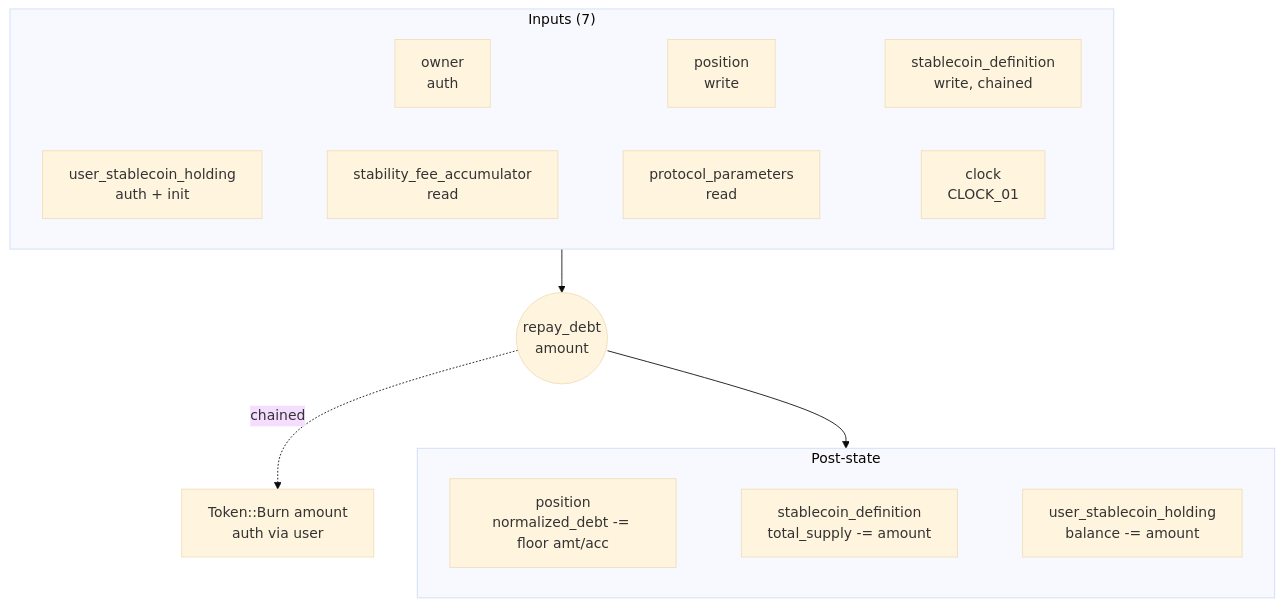
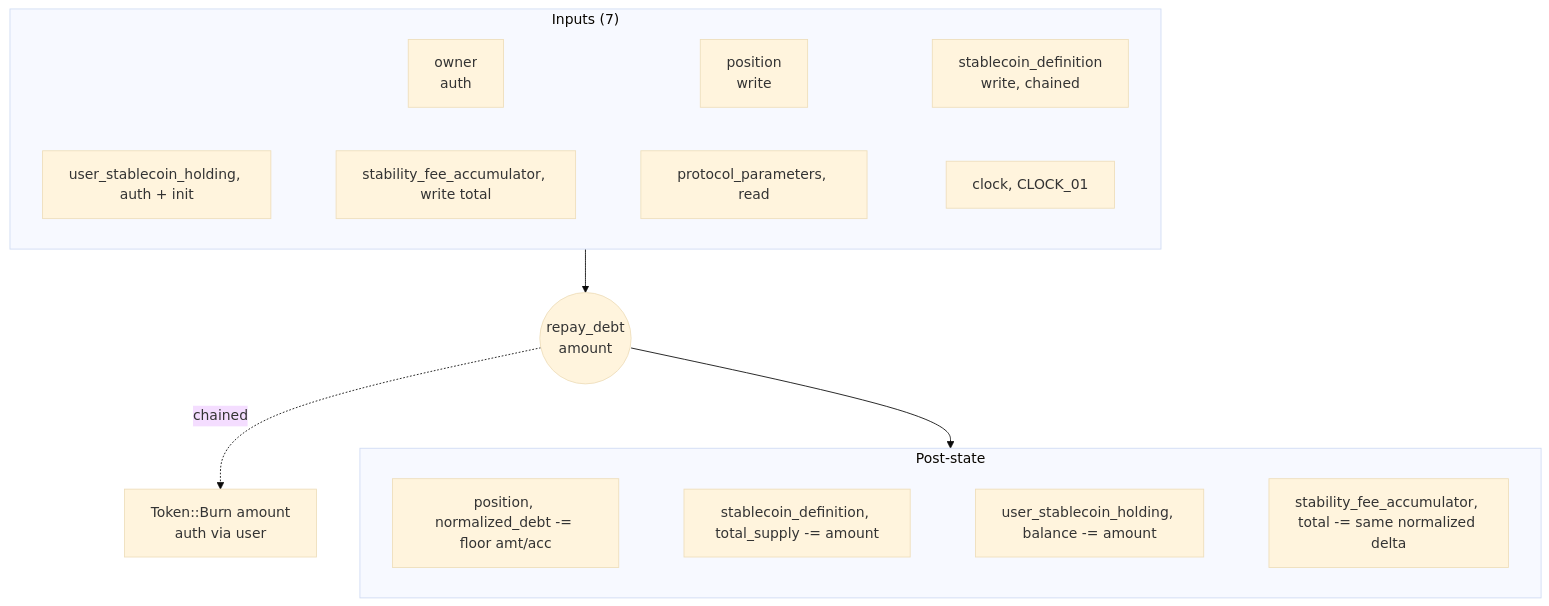
Before and after one commit to 3esmit/lez-programs: diagram 11 of 14 in docs/stablecoin/README.md, drawn with Mermaid (base theme). The commit also changed other lines of this file and 48 other files, not shown here.

Commit message:
feat(stablecoin): enforce position debt floor and global ceiling

````diff
--- a/docs/stablecoin/README.md
+++ b/docs/stablecoin/README.md
@@ -1069,13 +1184,13 @@
 ```mermaid
 flowchart TD
     subgraph In["Inputs (7)"]
         a1[owner<br/>auth] ~~~ a2[position<br/>write] ~~~ a3[stablecoin_definition<br/>write, chained]
-        a4[user_stablecoin_holding<br/>auth + init] ~~~ a5[stability_fee_accumulator<br/>read] ~~~ a6[protocol_parameters<br/>read] ~~~ a7[clock<br/>CLOCK_01]
+        a4[user_stablecoin_holding, auth + init] ~~~ a5[stability_fee_accumulator, write total] ~~~ a6[protocol_parameters, read] ~~~ a7[clock, CLOCK_01]
     end
     subgraph Post["Post-state"]
-        p1[position<br/>normalized_debt -= floor amt/acc] ~~~ p2[stablecoin_definition<br/>total_supply -= amount] ~~~ p3[user_stablecoin_holding<br/>balance -= amount]
+        p1[position, normalized_debt -= floor amt/acc] ~~~ p2[stablecoin_definition, total_supply -= amount] ~~~ p3[user_stablecoin_holding, balance -= amount] ~~~ p4[stability_fee_accumulator, total -= same normalized delta]
     end
     In --> Ins((repay_debt<br/>amount))
     Ins --> Post
     Ins -.chained.-> C1[Token::Burn amount<br/>auth via user]
 ```
````
